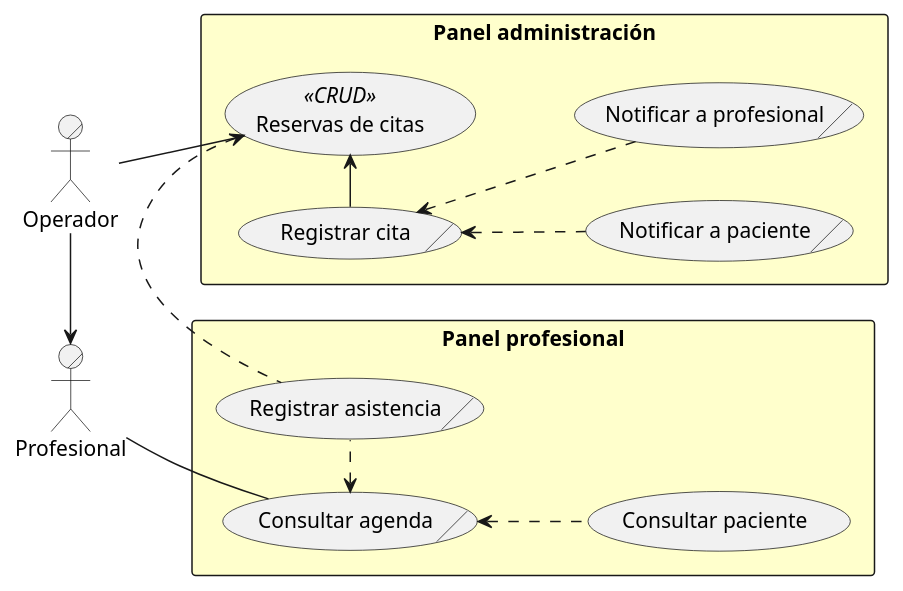
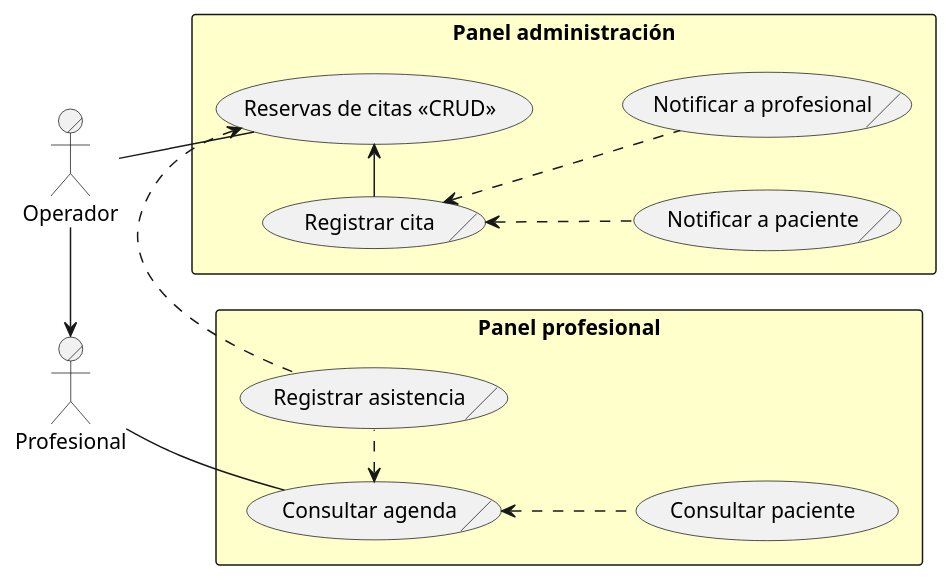
Before and after one commit to capsi-ucp/capsi-ucp.github.io: the diagram in ROOT/modules/proyecto/puml/citas-business-usecase.puml, drawn with PlantUML.

Commit message:
Caso de uso de lógica de negocio para la reserva de citas

```diff
--- a/ROOT/modules/proyecto/puml/citas-business-usecase.puml
+++ b/ROOT/modules/proyecto/puml/citas-business-usecase.puml
@@ -1,30 +1,30 @@
 @startuml
 left to right direction
 actor/ Operador
 actor/ Profesional
 
 rectangle "Panel administración" #BUSINESS {
-    usecase "Reservas de citas" << CRUD >> as AdminCitas
+    usecase "Reservas de citas << CRUD >>" as AdminCitas
     usecase/ "Registrar cita" as Citar
     usecase/ "Notificar a paciente" as NotificarPaciente
     usecase/ "Notificar a profesional" as NotificarProfesional
 }
 rectangle "Panel profesional" #BUSINESS {
     usecase/ "Consultar agenda" as Agenda
     usecase "Consultar paciente" as ConsultarPaciente
     usecase/ "Registrar asistencia" as Asistencia
 }
 
 Citar -> AdminCitas
 Citar <.. NotificarPaciente
 Citar <.. NotificarProfesional
 
 AdminCitas <. Asistencia
 Agenda <. Asistencia
 
 Agenda <.. ConsultarPaciente
 
 Operador -> Profesional
 Operador -- AdminCitas
 Profesional -- Agenda
 @enduml
```
